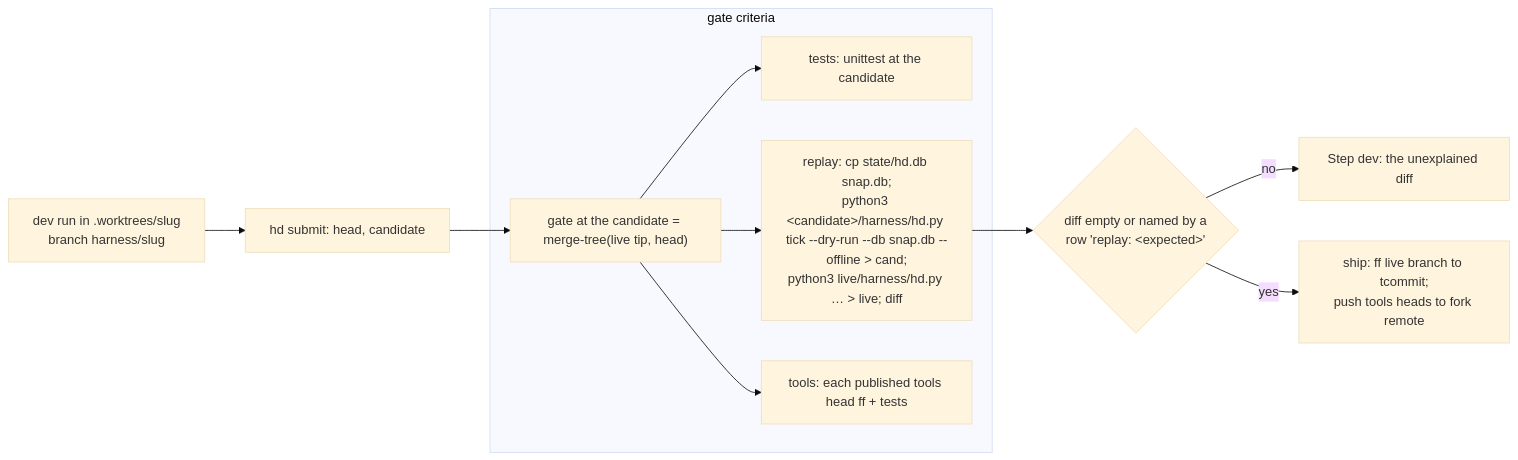
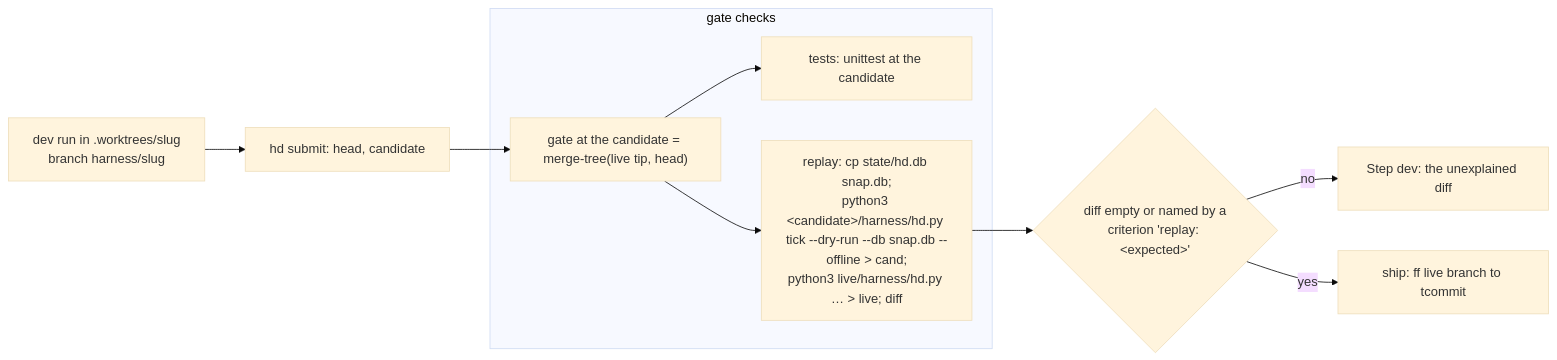
Before and after one commit to AlexPerrin/RuneHarness: the fifth of 8 diagrams in docs/ARCHITECTURE.md, drawn with Mermaid (base theme). The commit also changed other lines of this file and 2 other files, not shown here.

Commit message:
docs: ARCHITECTURE proofread in the v9 vocabulary; ship (fast-forward of a live branch) named beside publish; job.kind gains ship; tools-head leftovers removed

````diff
--- a/docs/ARCHITECTURE.md
+++ b/docs/ARCHITECTURE.md
@@ -496,13 +497,12 @@
 ```mermaid
 flowchart LR
   D["dev run in .worktrees/slug<br/>branch harness/slug"] --> H["hd submit: head, candidate"]
   H --> G["gate at the candidate = merge-tree(live tip, head)"]
-  subgraph GR["gate criteria"]
+  subgraph GR["gate checks"]
     G --> T1["tests: unittest at the candidate"]
     G --> T2["replay: cp state/hd.db snap.db;<br/>python3 &lt;candidate&gt;/harness/hd.py tick --dry-run --db snap.db --offline > cand;<br/>python3 live/harness/hd.py … > live; diff"]
-    G --> T4["tools: each published tools head ff + tests"]
   end
-  T2 --> J{"diff empty or named by a<br/>row 'replay: &lt;expected&gt;'"}
+  T2 --> J{"diff empty or named by a<br/>criterion 'replay: &lt;expected&gt;'"}
   J -- no --> DEV["Step dev: the unexplained diff"]
-  J -- yes --> S["ship: ff live branch to tcommit;<br/>push tools heads to fork remote"]
+  J -- yes --> S["ship: ff live branch to tcommit"]
 ```
````
